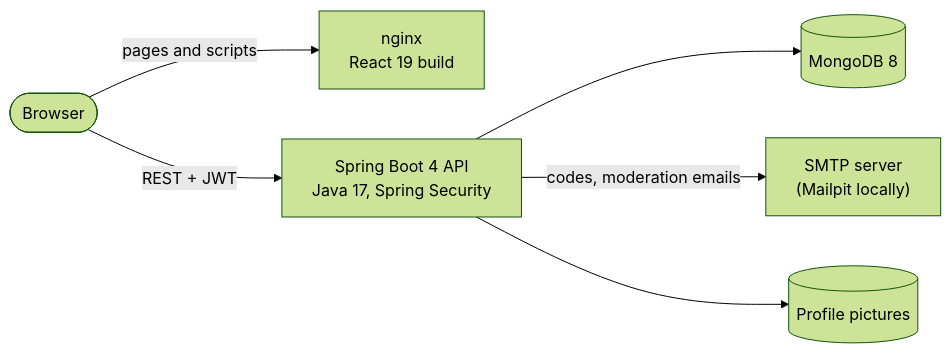
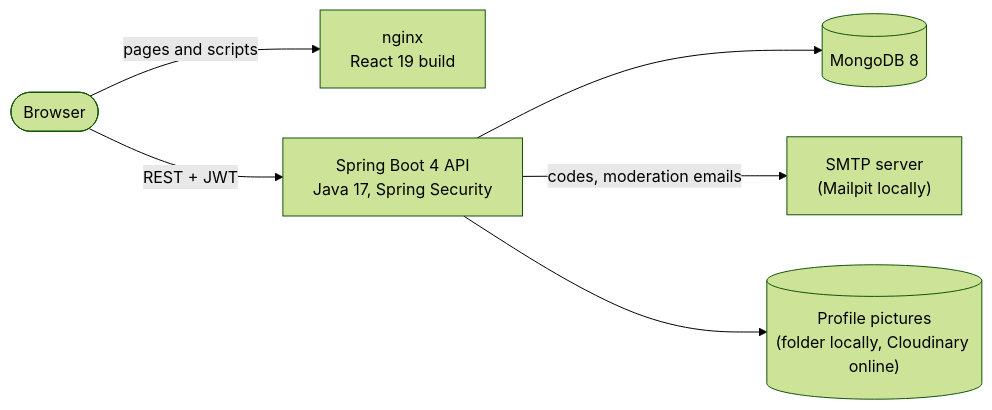
Before and after one commit to Oumaima-Lg/Voix-De-Sagesse: the diagram in README.md, drawn with Mermaid (forest theme). The commit also changed other lines of this file and 12 other files, not shown here.

First line of the commit message:
feat(backend): store profile pictures through a storage interface

````diff
--- a/README.md
+++ b/README.md
@@ -52,15 +52,15 @@
 ```mermaid
 flowchart LR
     browser([Browser])
     web["nginx<br/>React 19 build"]
     api["Spring Boot 4 API<br/>Java 17, Spring Security"]
     db[("MongoDB 8")]
     mail["SMTP server<br/>(Mailpit locally)"]
-    files[("Profile pictures")]
+    files[("Profile pictures<br/>(folder locally, Cloudinary online)")]
 
     browser -- "pages and scripts" --> web
     browser -- "REST + JWT" --> api
     api --> db
     api -- "codes, moderation emails" --> mail
     api --> files
 ```
````
